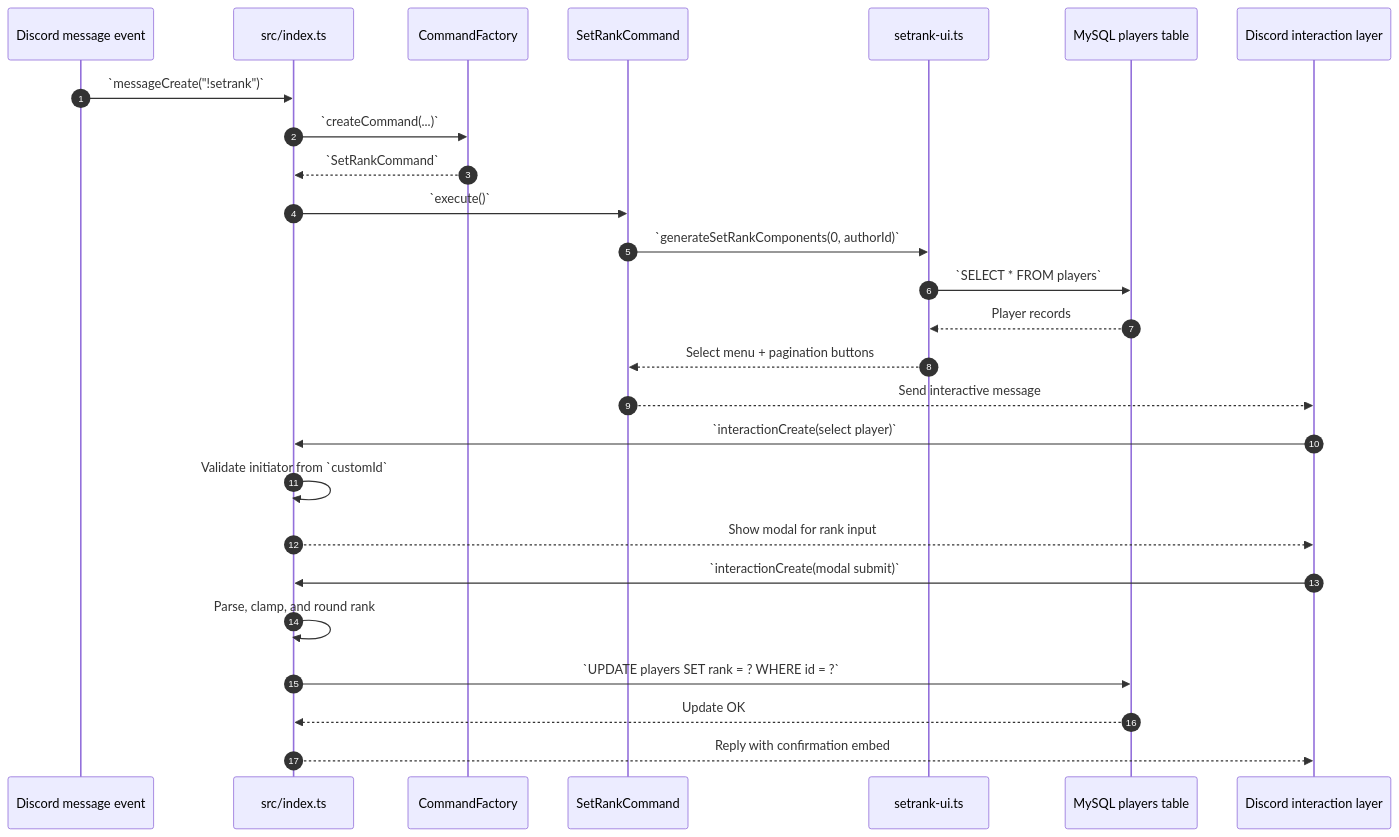
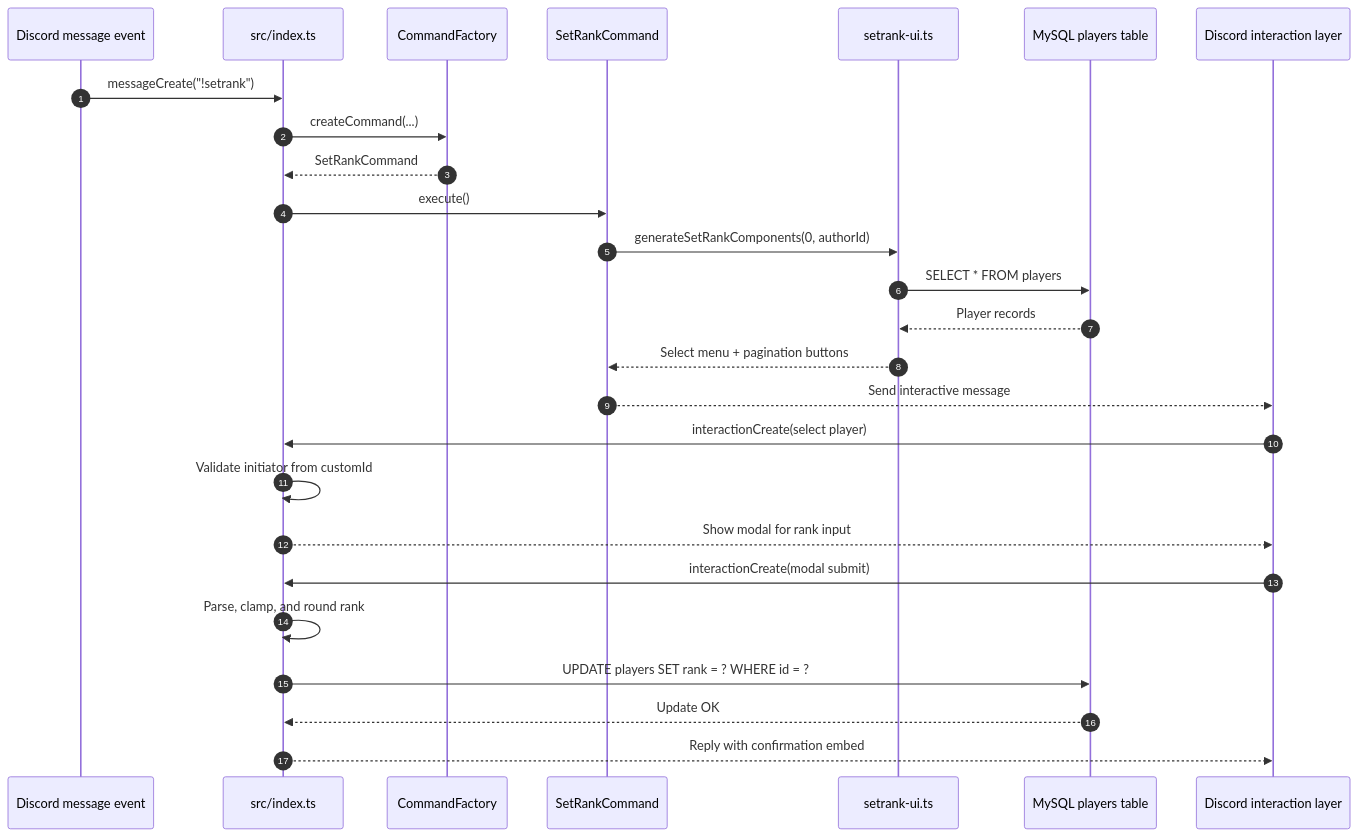
Before and after one commit to Ariel-Patino/discord-sort-players-dota: the fifth of 8 diagrams in documents/ARCHITECTURE.md, drawn with Mermaid. The commit also changed other lines of this file, not shown here.

Commit message:
docs: fix mermaid syntax for GitHub rendering

````diff
--- a/documents/ARCHITECTURE.md
+++ b/documents/ARCHITECTURE.md
@@ -295,31 +295,31 @@
 ```mermaid
 sequenceDiagram
     autonumber
     participant Msg as Discord message event
     participant App as src/index.ts
     participant Factory as CommandFactory
     participant SetRank as SetRankCommand
     participant UI as setrank-ui.ts
     participant DB as MySQL players table
     participant Interaction as Discord interaction layer
 
-    Msg->>App: `messageCreate("!setrank")`
-    App->>Factory: `createCommand(...)`
-    Factory-->>App: `SetRankCommand`
-    App->>SetRank: `execute()`
-    SetRank->>UI: `generateSetRankComponents(0, authorId)`
-    UI->>DB: `SELECT * FROM players`
+    Msg->>App: messageCreate("!setrank")
+    App->>Factory: createCommand(...)
+    Factory-->>App: SetRankCommand
+    App->>SetRank: execute()
+    SetRank->>UI: generateSetRankComponents(0, authorId)
+    UI->>DB: SELECT * FROM players
     DB-->>UI: Player records
     UI-->>SetRank: Select menu + pagination buttons
     SetRank-->>Interaction: Send interactive message
 
-    Interaction->>App: `interactionCreate(select player)`
-    App->>App: Validate initiator from `customId`
+    Interaction->>App: interactionCreate(select player)
+    App->>App: Validate initiator from customId
     App-->>Interaction: Show modal for rank input
 
-    Interaction->>App: `interactionCreate(modal submit)`
+    Interaction->>App: interactionCreate(modal submit)
     App->>App: Parse, clamp, and round rank
-    App->>DB: `UPDATE players SET rank = ? WHERE id = ?`
+    App->>DB: UPDATE players SET rank = ? WHERE id = ?
     DB-->>App: Update OK
     App-->>Interaction: Reply with confirmation embed
 ```
````
